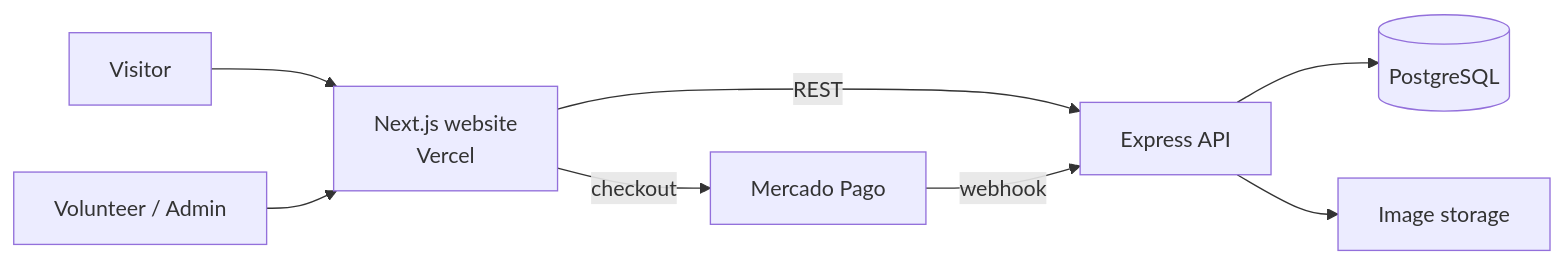
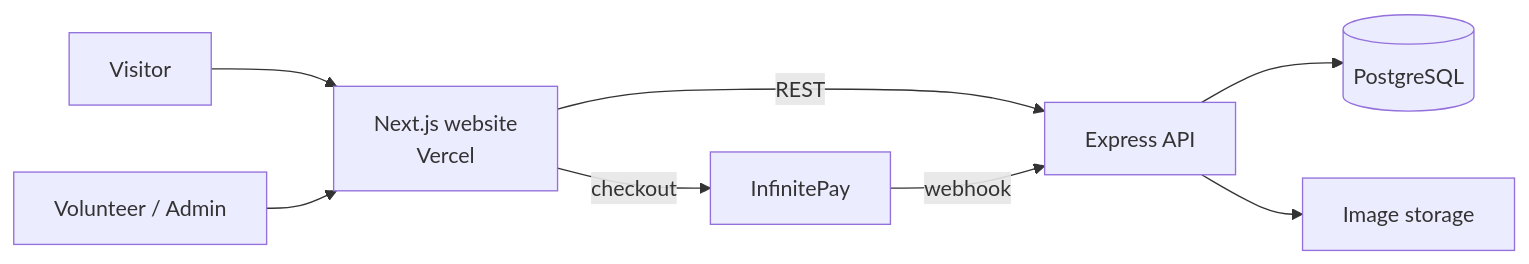
One commit to hadamas/cat-shelter-website-project changed the diagram in README.md. Above: the diagram before and after it, drawn with Mermaid. The commit also changed other lines of this file and 44 other files, not shown here.

````diff
--- a/README.md
+++ b/README.md
@@ -114,10 +118,10 @@
 ```mermaid
 flowchart LR
     U[Visitor] --> W[Next.js website<br/>Vercel]
     A[Volunteer / Admin] --> W
     W -->|REST| API[Express API]
     API --> DB[(PostgreSQL)]
     API --> IMG[Image storage]
-    W -->|checkout| MP[Mercado Pago]
+    W -->|checkout| MP[InfinitePay]
     MP -->|webhook| API
 ```
````
